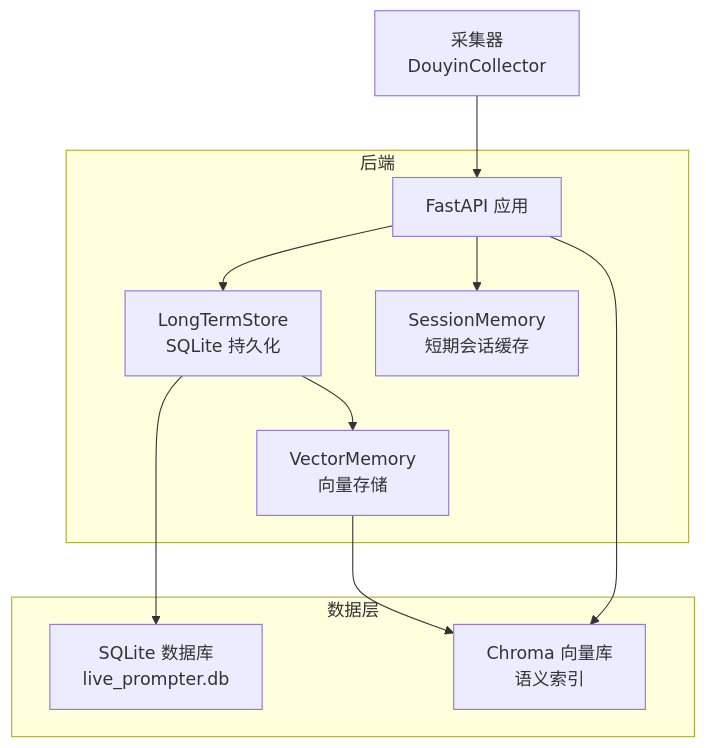
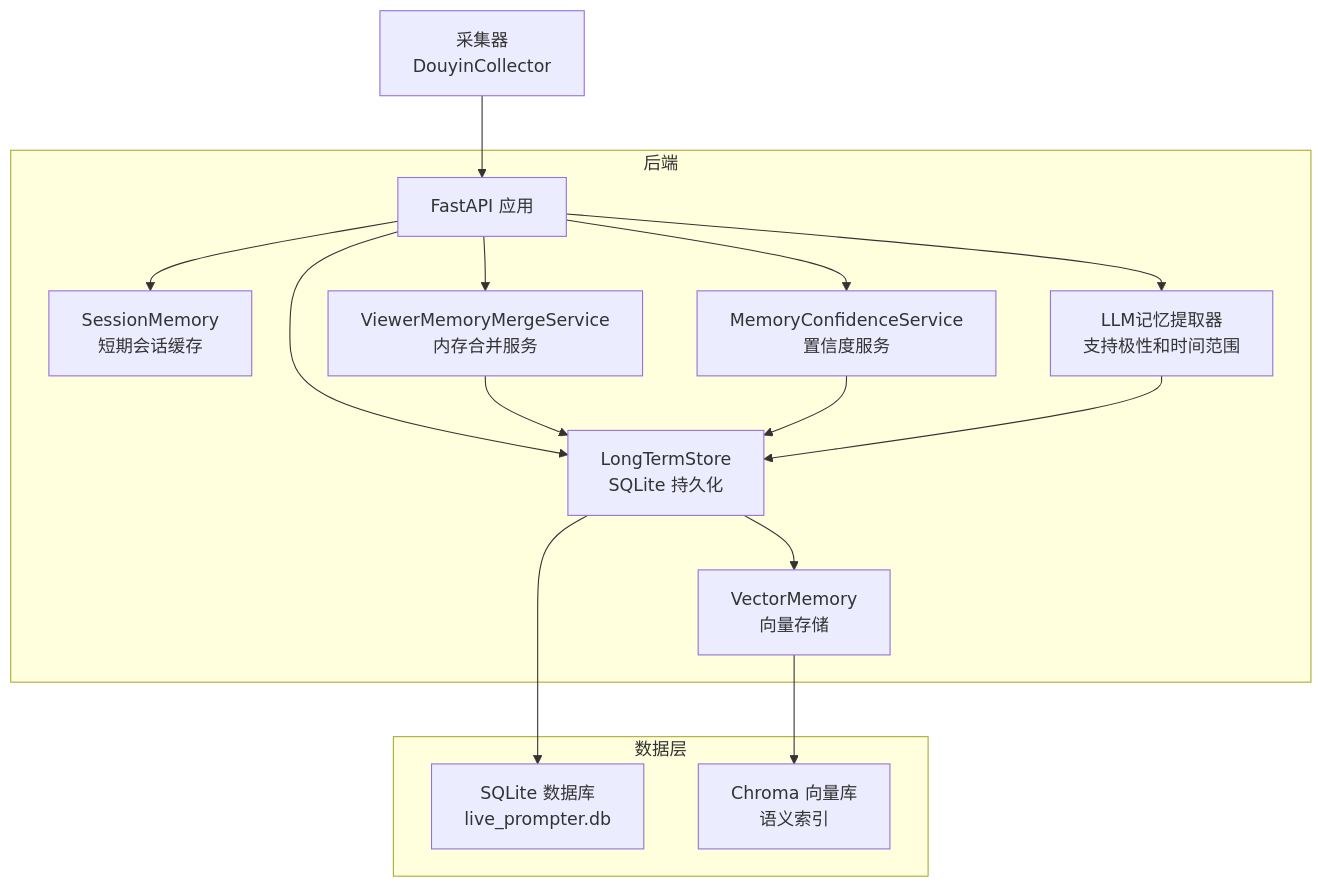
One commit to Moon-Force/DouYin_llm changed the first of 3 diagrams in .qoder/repowiki/zh/content/后端服务/内存管理系统/长期存储管理.md. Above: the diagram before and after it, drawn with Mermaid. The commit also changed other lines of this file and 34 other files, not shown here.

````diff
--- a/.qoder/repowiki/zh/content/后端服务/内存管理系统/长期存储管理.md
+++ b/.qoder/repowiki/zh/content/后端服务/内存管理系统/长期存储管理.md
@@ -43,20 +52,28 @@
 ```mermaid
 graph TB
 subgraph "后端"
 LT["LongTermStore<br/>SQLite 持久化"]
 SM["SessionMemory<br/>短期会话缓存"]
 VM["VectorMemory<br/>向量存储"]
+MMS["ViewerMemoryMergeService<br/>内存合并服务"]
+MCS["MemoryConfidenceService<br/>置信度服务"]
 APP["FastAPI 应用"]
+LME["LLM记忆提取器<br/>支持极性和时间范围"]
 end
 subgraph "数据层"
 DB["SQLite 数据库<br/>live_prompter.db"]
 CH["Chroma 向量库<br/>语义索引"]
 end
 COL["采集器<br/>DouyinCollector"] --> APP
 APP --> SM
 APP --> LT
 LT --> DB
 LT --> VM
 VM --> CH
-APP --> CH
+APP --> MMS
+APP --> MCS
+APP --> LME
+MMS --> LT
+MCS --> LT
+LME --> LT
 ```
````
